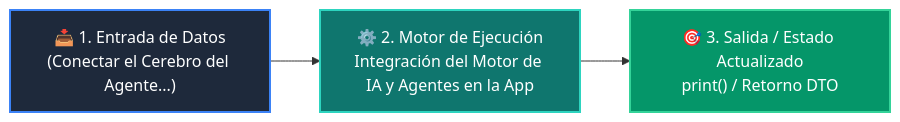
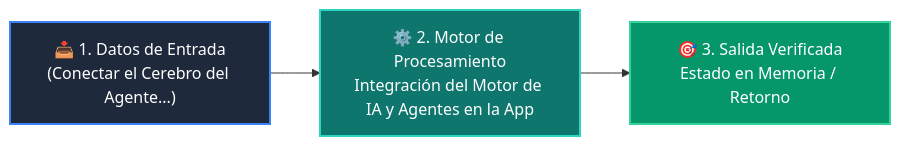
One commit to wisrovi/wisrovi-python changed the diagram in 04-proyecto-final/clase-05-integracion-agente-ia/README.md. Above: the diagram before and after it, drawn with Mermaid. The commit also changed other lines of this file and 226 other files, not shown here.

Commit message:
docs: elevate all repository READMEs to world-class mastery standard with rich pedagogical architecture, custom Mermaids, and professional styling

````diff
--- a/04-proyecto-final/clase-05-integracion-agente-ia/README.md
+++ b/04-proyecto-final/clase-05-integracion-agente-ia/README.md
@@ -12,9 +26,9 @@
 ```mermaid
 flowchart LR
-    A["📥 1. Entrada de Datos<br/>(Conectar el Cerebro del Agente...)"] --> B["⚙️ 2. Motor de Ejecución<br/>Integración del Motor de IA y Agentes en la App"]
-    B --> C["🎯 3. Salida / Estado Actualizado<br/>print() / Retorno DTO"]
+    IN["📥 1. Datos de Entrada<br/>(Conectar el Cerebro del Agente...)"] --> ENG["⚙️ 2. Motor de Procesamiento<br/>Integración del Motor de IA y Agentes en la App"]
+    ENG --> OUT["🎯 3. Salida Verificada<br/>Estado en Memoria / Retorno"]
 
-    style A fill:#1e293b,color:#ffffff,stroke:#3b82f6,stroke-width:2px
-    style B fill:#0f766e,color:#ffffff,stroke:#2dd4bf,stroke-width:2px
-    style C fill:#059669,color:#ffffff,stroke:#34d399,stroke-width:2px
+    style IN fill:#1e293b,color:#ffffff,stroke:#3b82f6,stroke-width:2px
+    style ENG fill:#0f766e,color:#ffffff,stroke:#2dd4bf,stroke-width:2px
+    style OUT fill:#059669,color:#ffffff,stroke:#34d399,stroke-width:2px
 ```
````
